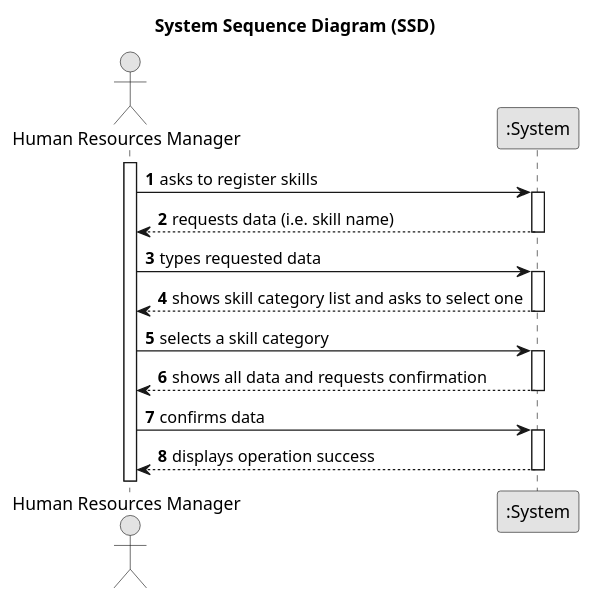
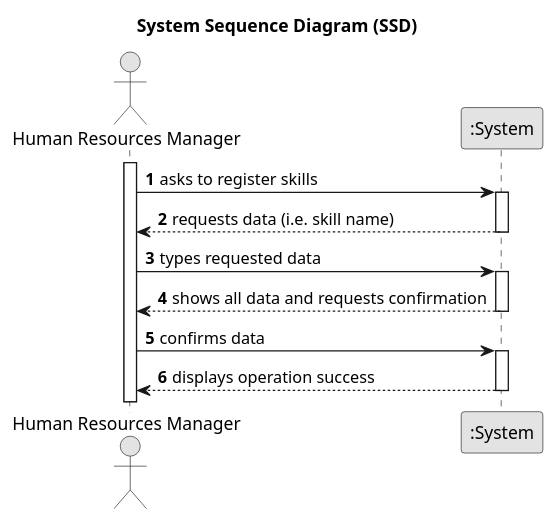
Before and after one commit to Departamento-de-Engenharia-Informatica/lei-24-s2-1dl-g121: the diagram in docs/sprintB/us001/01.requirements-engineering/puml/us001-system-sequence-diagram.puml, drawn with PlantUML. The commit also changed 11 other files, not shown here.

```diff
--- a/docs/sprintB/us001/01.requirements-engineering/puml/us001-system-sequence-diagram.puml
+++ b/docs/sprintB/us001/01.requirements-engineering/puml/us001-system-sequence-diagram.puml
@@ -1,39 +1,39 @@
 @startuml
 skinparam monochrome true
 skinparam packageStyle rectangle
 skinparam shadowing false
 
 title System Sequence Diagram (SSD)
 
 autonumber
 
 actor "Human Resources Manager" as Employee
 participant ":System" as System
 
 activate Employee
 
     Employee -> System : asks to register skills
     activate System
 
         System --> Employee : requests data (i.e. skill name)
     deactivate System
 
     Employee -> System : types requested data
     activate System
 
-        System --> Employee : shows skill category list and asks to select one
-    deactivate System
-
-    Employee -> System : selects a skill category
-    activate System
+'        System --> Employee : shows skill category list and asks to select one
+'    deactivate System
+'
+'    Employee -> System : selects a skill category
+'    activate System
 
         System --> Employee : shows all data and requests confirmation
     deactivate System
 
     Employee -> System : confirms data
     activate System
 
         System --> Employee : displays operation success
     deactivate System
 
 @enduml
```
